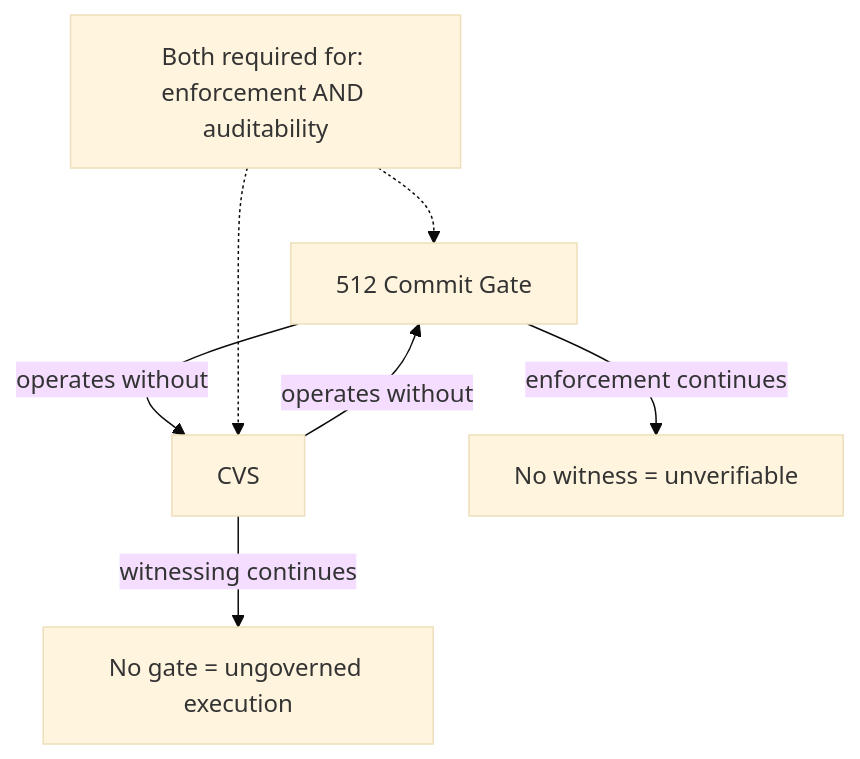
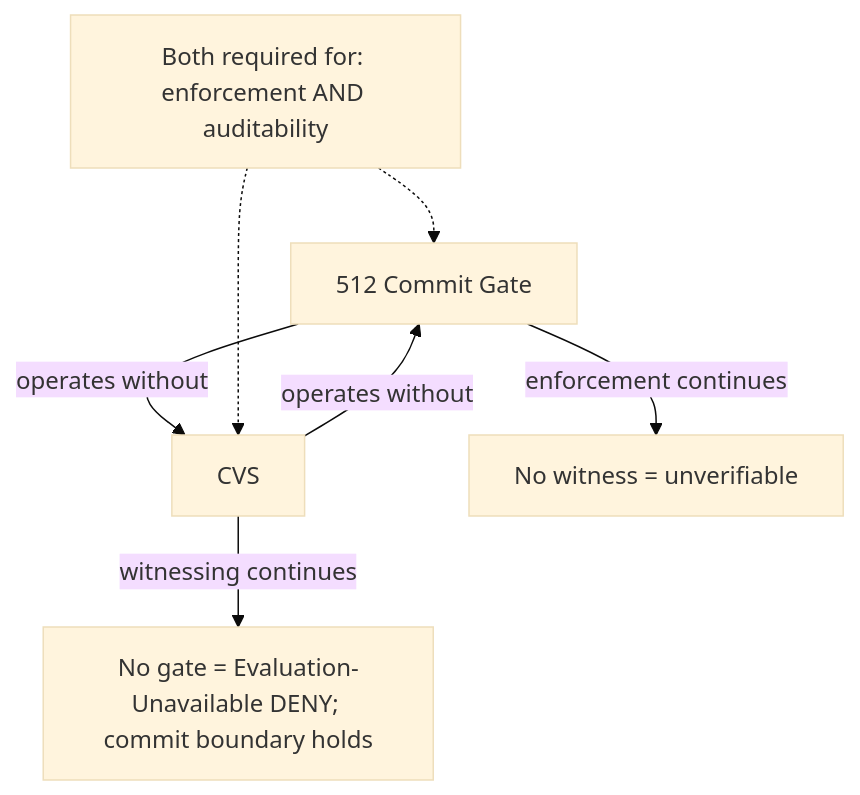
Before and after one commit to JonathanMastersWatson/512: the fourth of 6 diagrams in diagrams/LAYERS.md, drawn with Mermaid (base theme).

Commit message:
Clarify witnessing continues in LAYERS.md

````diff
--- a/diagrams/LAYERS.md
+++ b/diagrams/LAYERS.md
@@ -86,11 +86,11 @@
 ```mermaid
 flowchart TD
     A[512 Commit Gate] -->|operates without| B[CVS]
     B -->|operates without| A
 
     A -->|enforcement continues| C[No witness = unverifiable]
-    B -->|witnessing continues| D[No gate = ungoverned execution]
+    B -->|witnessing continues| D[No gate = Evaluation-Unavailable DENY; commit boundary holds]
 
     E[Both required for: enforcement AND auditability] -.-> A
     E -.-> B
 ```
````
